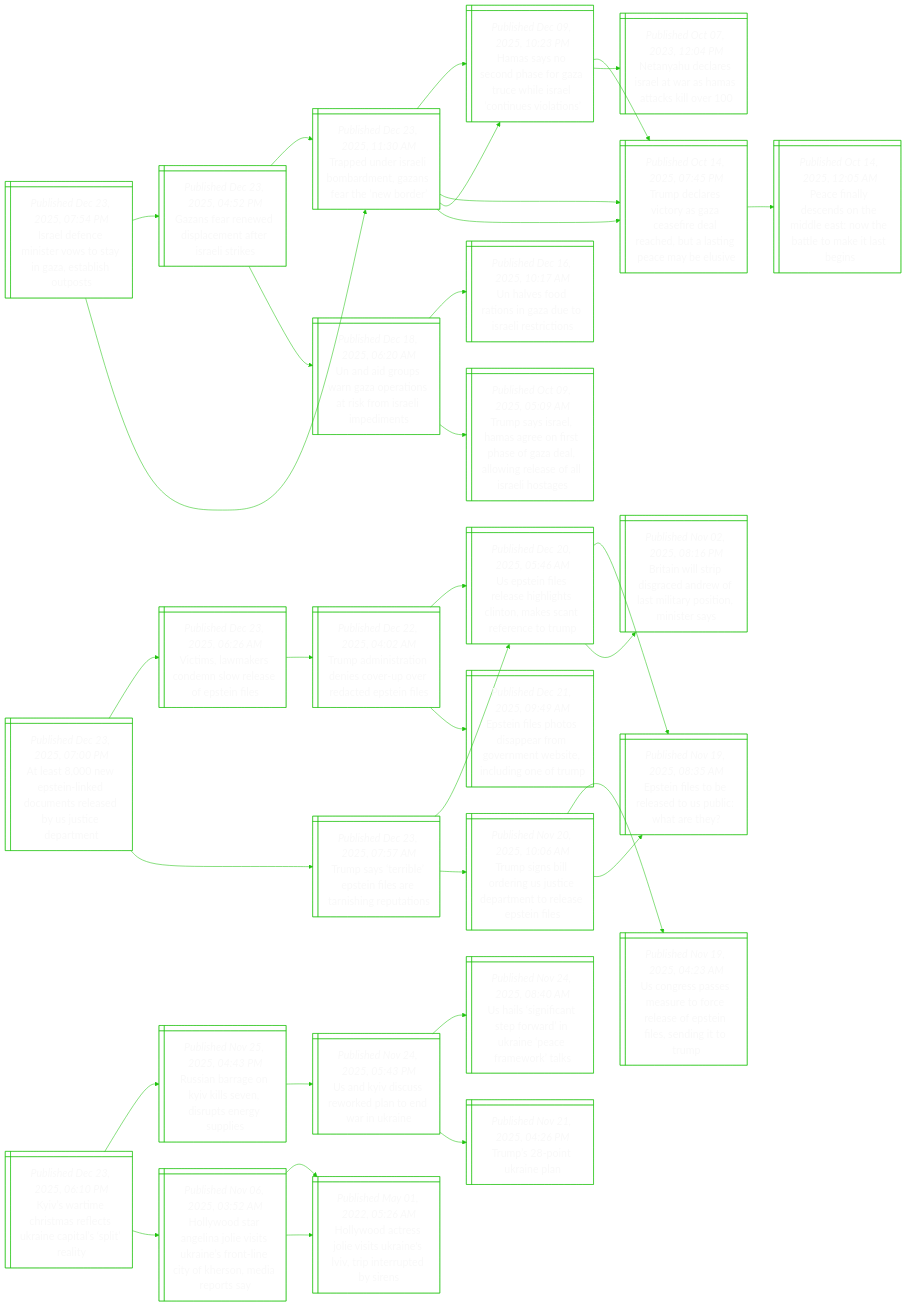
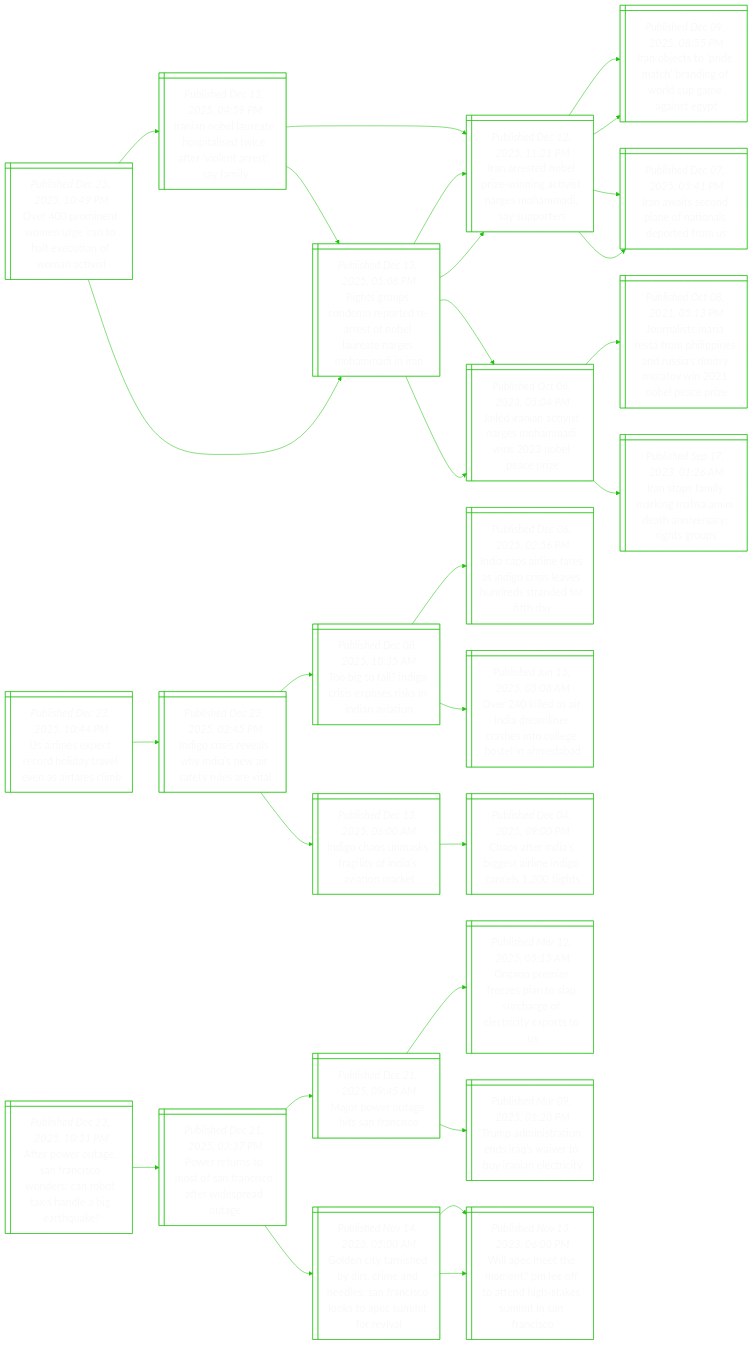
Before and after one commit to notJmes/notJmes: the diagram in README.md, drawn with Mermaid. The commit also changed other lines of this file, not shown here.

````diff
--- a/README.md
+++ b/README.md
@@ -16,109 +16,97 @@
 flowchart LR
 classDef txtsize font-size:20px;
 
-Ilnnrtyzaho@{ shape: win-pane, label: "_Published Dec 23, 2025, 07:54 PM_
-Israel defence minister vows to stay in gaza, establish outposts" }
-Gsrepmfsik@{ shape: win-pane, label: "_Published Dec 23, 2025, 04:52 PM_
-Gazans fear renewed displacement after israeli strikes" }
-TeeaodGstwe@{ shape: win-pane, label: "_Published Dec 23, 2025, 11:30 AM_
-Trapped under israeli bombardment, gazans fear the ‘new border’" }
-HsonsGrhscnii@{ shape: win-pane, label: "_Published Dec 09, 2025, 10:23 PM_
-Hamas says no second phase for gaza truce while israel ‘continues violations’" }
-Tdrcaaededlncbs@{ shape: win-pane, label: "_Published Oct 14, 2025, 07:45 PM_
-Trump declares victory as gaza ceasefire deal reached, but a lasting peace may be elusive" }
-Uaoazrnioamm@{ shape: win-pane, label: "_Published Dec 18, 2025, 06:20 AM_
-Un and aid groups warn gaza operations at risk from israeli impediments" }
-UvoindIlti@{ shape: win-pane, label: "_Published Dec 16, 2025, 10:17 AM_
-Un halves food rations in gaza due to israeli restrictions" }
-TssHaossaaorslaoe@{ shape: win-pane, label: "_Published Oct 09, 2025, 05:09 AM_
-Trump says israel, hamas agree on first phase of gaza deal, allowing release of all israeli hostages" }
-TeeaodGstwe@{ shape: win-pane, label: "_Published Dec 23, 2025, 11:30 AM_
-Trapped under israeli bombardment, gazans fear the ‘new border’" }
-HsonsGrhscnii@{ shape: win-pane, label: "_Published Dec 09, 2025, 10:23 PM_
-Hamas says no second phase for gaza truce while israel ‘continues violations’" }
-Tdrcaaededlncbs@{ shape: win-pane, label: "_Published Oct 14, 2025, 07:45 PM_
-Trump declares victory as gaza ceasefire deal reached, but a lasting peace may be elusive" }
-NyeeawHakl@{ shape: win-pane, label: "_Published Oct 07, 2023, 12:04 PM_
-Netanyahu declares israel at war as hamas attacks kill over 100" }
-Tdrcaaededlncbs@{ shape: win-pane, label: "_Published Oct 14, 2025, 07:45 PM_
-Trump declares victory as gaza ceasefire deal reached, but a lasting peace may be elusive" }
-PflcoMeNelale@{ shape: win-pane, label: "_Published Oct 14, 2025, 12:05 AM_
-Peace finally descends on the middle east: now the battle to make it last begins" }
+Oremgnlcnmtt@{ shape: win-pane, label: "_Published Dec 23, 2025, 10:49 PM_
+Over 400 prominent women urge iran to halt execution of woman activist" }
+Iaerhtecelrsm@{ shape: win-pane, label: "_Published Dec 15, 2025, 04:59 PM_
+Iranian nobel laureate hospitalised twice after ‘violent arrest’, say family" }
+Ireezncsghdsr@{ shape: win-pane, label: "_Published Dec 12, 2025, 11:21 PM_
+Iran arrested nobel prize-winning activist narges mohammadi, say supporters" }
+Ibsitagrpasp@{ shape: win-pane, label: "_Published Dec 09, 2025, 08:55 PM_
+Iran objects to ‘pride match’ branding of world cup game against egypt" }
+IwsdetlofS@{ shape: win-pane, label: "_Published Dec 07, 2025, 05:41 PM_
+Iran awaits second plane of nationals deported from us" }
+RspdeeroerNsmin@{ shape: win-pane, label: "_Published Dec 13, 2025, 05:08 PM_
+Rights groups condemn reported re-arrest of nobel laureate narges mohammadi in iran" }
+Ireezncsghdsr@{ shape: win-pane, label: "_Published Dec 12, 2025, 11:21 PM_
+Iran arrested nobel prize-winning activist narges mohammadi, say supporters" }
+JditteaiNPP@{ shape: win-pane, label: "_Published Oct 06, 2023, 05:04 PM_
+Jailed iranian activist narges mohammadi wins 2023 nobel peace prize" }
+RspdeeroerNsmin@{ shape: win-pane, label: "_Published Dec 13, 2025, 05:08 PM_
+Rights groups condemn reported re-arrest of nobel laureate narges mohammadi in iran" }
+Ireezncsghdsr@{ shape: win-pane, label: "_Published Dec 12, 2025, 11:21 PM_
+Iran arrested nobel prize-winning activist narges mohammadi, say supporters" }
+Ibsitagrpasp@{ shape: win-pane, label: "_Published Dec 09, 2025, 08:55 PM_
+Iran objects to ‘pride match’ branding of world cup game against egypt" }
+IwsdetlofS@{ shape: win-pane, label: "_Published Dec 07, 2025, 05:41 PM_
+Iran awaits second plane of nationals deported from us" }
+JditteaiNPP@{ shape: win-pane, label: "_Published Oct 06, 2023, 05:04 PM_
+Jailed iranian activist narges mohammadi wins 2023 nobel peace prize" }
+JasaaPpsusraiecz@{ shape: win-pane, label: "_Published Oct 08, 2021, 05:13 PM_
+Journalists maria ressa from philippines and russia's dmitry muratov win 2021 nobel peace prize" }
+Itamnsntiagr@{ shape: win-pane, label: "_Published Sep 17, 2023, 01:26 AM_
+Iran stops family marking mahsa amini death anniversary: rights groups" }
 
-Ilnnrtyzaho:::txtsize --> Gsrepmfsik:::txtsize
-Gsrepmfsik:::txtsize --> TeeaodGstwe:::txtsize
-TeeaodGstwe:::txtsize --> HsonsGrhscnii:::txtsize
-TeeaodGstwe:::txtsize --> Tdrcaaededlncbs:::txtsize
-Gsrepmfsik:::txtsize --> Uaoazrnioamm:::txtsize
-Uaoazrnioamm:::txtsize --> UvoindIlti:::txtsize
-Uaoazrnioamm:::txtsize --> TssHaossaaorslaoe:::txtsize
-Ilnnrtyzaho:::txtsize --> TeeaodGstwe:::txtsize
-TeeaodGstwe:::txtsize --> HsonsGrhscnii:::txtsize
-HsonsGrhscnii:::txtsize --> Tdrcaaededlncbs:::txtsize
-HsonsGrhscnii:::txtsize --> NyeeawHakl:::txtsize
-TeeaodGstwe:::txtsize --> Tdrcaaededlncbs:::txtsize
-Tdrcaaededlncbs:::txtsize --> PflcoMeNelale:::txtsize
+Oremgnlcnmtt:::txtsize --> Iaerhtecelrsm:::txtsize
+Iaerhtecelrsm:::txtsize --> Ireezncsghdsr:::txtsize
+Ireezncsghdsr:::txtsize --> Ibsitagrpasp:::txtsize
+Ireezncsghdsr:::txtsize --> IwsdetlofS:::txtsize
+Iaerhtecelrsm:::txtsize --> RspdeeroerNsmin:::txtsize
+RspdeeroerNsmin:::txtsize --> Ireezncsghdsr:::txtsize
+RspdeeroerNsmin:::txtsize --> JditteaiNPP:::txtsize
+Oremgnlcnmtt:::txtsize --> RspdeeroerNsmin:::txtsize
+RspdeeroerNsmin:::txtsize --> Ireezncsghdsr:::txtsize
+Ireezncsghdsr:::txtsize --> Ibsitagrpasp:::txtsize
+Ireezncsghdsr:::txtsize --> IwsdetlofS:::txtsize
+RspdeeroerNsmin:::txtsize --> JditteaiNPP:::txtsize
+JditteaiNPP:::txtsize --> JasaaPpsusraiecz:::txtsize
+JditteaiNPP:::txtsize --> Itamnsntiagr:::txtsize
 
-AsEikctebuert@{ shape: win-pane, label: "_Published Dec 23, 2025, 07:00 PM_
-At least 8,000 new epstein-linked documents released by us justice department" }
-Vmmseoefel@{ shape: win-pane, label: "_Published Dec 23, 2025, 06:26 AM_
-Victims, lawmakers condemn slow release of epstein files" }
-Taitecurcpns@{ shape: win-pane, label: "_Published Dec 22, 2025, 04:02 AM_
-Trump administration denies cover-up over redacted epstein files" }
-Utieelstkafcr@{ shape: win-pane, label: "_Published Dec 20, 2025, 05:46 AM_
-Us epstein files release highlights clinton, makes scant reference to trump" }
-Eietsamrticnom@{ shape: win-pane, label: "_Published Dec 21, 2025, 09:49 AM_
-Epstein files photos disappear from government website, including one of trump" }
-Tseltirnnuo@{ shape: win-pane, label: "_Published Dec 23, 2025, 07:57 AM_
-Trump says ‘terrible’ epstein files are tarnishing reputations" }
-Utieelstkafcr@{ shape: win-pane, label: "_Published Dec 20, 2025, 05:46 AM_
-Us epstein files release highlights clinton, makes scant reference to trump" }
-Eieeaobhe@{ shape: win-pane, label: "_Published Nov 19, 2025, 08:35 AM_
-Epstein files to be released to us public: what are they?" }
-BilprAwsipinr@{ shape: win-pane, label: "_Published Nov 02, 2025, 08:16 PM_
-Britain will strip disgraced andrew of last military position, minister says" }
-TsBrnuertlEie@{ shape: win-pane, label: "_Published Nov 20, 2025, 10:06 AM_
-Trump signs bill ordering us justice department to release epstein files" }
-Ugpsufrspnsitm@{ shape: win-pane, label: "_Published Nov 19, 2025, 04:23 AM_
-Us congress passes measure to force release of epstein files, sending it to trump" }
-Eieeaobhe@{ shape: win-pane, label: "_Published Nov 19, 2025, 08:35 AM_
-Epstein files to be released to us public: what are they?" }
+Uletriresal@{ shape: win-pane, label: "_Published Dec 23, 2025, 10:44 PM_
+Us airlines expect record holiday travel even as airfares climb" }
+Ioiehiwarat@{ shape: win-pane, label: "_Published Dec 23, 2025, 02:45 PM_
+Indigo crisis reveals why india’s new air safety rules are vital" }
+Tgiiixssdvo@{ shape: win-pane, label: "_Published Dec 08, 2025, 10:35 AM_
+Too big to fail? indigo crisis exposes risks in indian aviation" }
+Iciesdrlsrtefd@{ shape: win-pane, label: "_Published Dec 06, 2025, 02:56 PM_
+India caps airline fares as indigo crisis leaves hundreds stranded for fifth day" }
+OiaIDlceoesnd@{ shape: win-pane, label: "_Published Jun 13, 2025, 05:08 AM_
+Over 240 killed as air india dreamliner crashes into college hostel in ahmedabad" }
+Iossatnair@{ shape: win-pane, label: "_Published Dec 13, 2025, 06:00 AM_
+Indigo chaos unmasks fragility of india’s aviation market" }
+CaIserIoei@{ shape: win-pane, label: "_Published Dec 04, 2025, 09:00 PM_
+Chaos after india’s biggest airline indigo cancels 1,200 flights" }
 
-AsEikctebuert:::txtsize --> Vmmseoefel:::txtsize
-Vmmseoefel:::txtsize --> Taitecurcpns:::txtsize
-Taitecurcpns:::txtsize --> Utieelstkafcr:::txtsize
-Taitecurcpns:::txtsize --> Eietsamrticnom:::txtsize
-AsEikctebuert:::txtsize --> Tseltirnnuo:::txtsize
-Tseltirnnuo:::txtsize --> Utieelstkafcr:::txtsize
-Utieelstkafcr:::txtsize --> Eieeaobhe:::txtsize
-Utieelstkafcr:::txtsize --> BilprAwsipinr:::txtsize
-Tseltirnnuo:::txtsize --> TsBrnuertlEie:::txtsize
-TsBrnuertlEie:::txtsize --> Ugpsufrspnsitm:::txtsize
-TsBrnuertlEie:::txtsize --> Eieeaobhe:::txtsize
+Uletriresal:::txtsize --> Ioiehiwarat:::txtsize
+Ioiehiwarat:::txtsize --> Tgiiixssdvo:::txtsize
+Tgiiixssdvo:::txtsize --> Iciesdrlsrtefd:::txtsize
+Tgiiixssdvo:::txtsize --> OiaIDlceoesnd:::txtsize
+Ioiehiwarat:::txtsize --> Iossatnair:::txtsize
+Iossatnair:::txtsize --> CaIserIoei:::txtsize
 
-Kwmiseketpey@{ shape: win-pane, label: "_Published Dec 23, 2025, 06:10 PM_
-Kyiv’s wartime christmas reflects ukraine capital’s ‘split’ reality" }
-Rarnksdpeue@{ shape: win-pane, label: "_Published Nov 25, 2025, 04:43 PM_
-Russian barrage on kyiv kills seven, disrupts energy supplies" }
-UKisrlerr@{ shape: win-pane, label: "_Published Nov 24, 2025, 05:43 PM_
-Us and kyiv discuss reworked plan to end war in ukraine" }
-Ulnaewniaark@{ shape: win-pane, label: "_Published Nov 24, 2025, 08:40 AM_
-Us hails ‘significant step forward’ in ukraine ‘peace framework’ talks" }
-Tstia@{ shape: win-pane, label: "_Published Nov 21, 2025, 04:26 PM_
-Trump’s 28-point ukraine plan" }
-HwtgaetafliKoioa@{ shape: win-pane, label: "_Published Nov 06, 2025, 03:52 AM_
-Hollywood star angelina jolie visits ukraine’s front-line city of kherson, media reports say" }
-HwcsetaLrtpyn@{ shape: win-pane, label: "_Published May 01, 2022, 05:26 AM_
-Hollywood actress jolie visits ukraine's lviv, trip interrupted by sirens" }
-HwcsetaLrtpyn@{ shape: win-pane, label: "_Published May 01, 2022, 05:26 AM_
-Hollywood actress jolie visits ukraine's lviv, trip interrupted by sirens" }
+ApoersnCbxnbra@{ shape: win-pane, label: "_Published Dec 23, 2025, 10:31 PM_
+After power outage, san francisco wonders: can robot taxis handle a big earthquake?" }
+PrnoSaceeaa@{ shape: win-pane, label: "_Published Dec 21, 2025, 03:37 PM_
+Power returns to most of san francisco after widespread outage" }
+MpoeSac@{ shape: win-pane, label: "_Published Dec 21, 2025, 09:45 AM_
+Major power outage hits san francisco" }
+Oimrstphocipt@{ shape: win-pane, label: "_Published Mar 12, 2025, 05:15 AM_
+Ontario premier freezes plan to slap surcharge of electricity exports to us" }
+Taitnaiorntt@{ shape: win-pane, label: "_Published Mar 09, 2025, 01:20 PM_
+Trump administration ends iraq’s waiver to buy iranian electricity" }
+GntsycaeSackpmoi@{ shape: win-pane, label: "_Published Nov 14, 2023, 05:00 AM_
+Golden city tarnished by dirt, crime and needles: san francisco looks to apec summit for revival" }
+WpemteonhemSac@{ shape: win-pane, label: "_Published Nov 13, 2023, 06:00 PM_
+Will apec meet the moment? pm lee off to attend high-stakes summit in san francisco" }
+WpemteonhemSac@{ shape: win-pane, label: "_Published Nov 13, 2023, 06:00 PM_
+Will apec meet the moment? pm lee off to attend high-stakes summit in san francisco" }
 
-Kwmiseketpey:::txtsize --> Rarnksdpeue:::txtsize
-Rarnksdpeue:::txtsize --> UKisrlerr:::txtsize
-UKisrlerr:::txtsize --> Ulnaewniaark:::txtsize
-UKisrlerr:::txtsize --> Tstia:::txtsize
-Kwmiseketpey:::txtsize --> HwtgaetafliKoioa:::txtsize
-HwtgaetafliKoioa:::txtsize --> HwcsetaLrtpyn:::txtsize
-HwtgaetafliKoioa:::txtsize --> HwcsetaLrtpyn:::txtsize
+ApoersnCbxnbra:::txtsize --> PrnoSaceeaa:::txtsize
+PrnoSaceeaa:::txtsize --> MpoeSac:::txtsize
+MpoeSac:::txtsize --> Oimrstphocipt:::txtsize
+MpoeSac:::txtsize --> Taitnaiorntt:::txtsize
+PrnoSaceeaa:::txtsize --> GntsycaeSackpmoi:::txtsize
+GntsycaeSackpmoi:::txtsize --> WpemteonhemSac:::txtsize
+GntsycaeSackpmoi:::txtsize --> WpemteonhemSac:::txtsize
 
 ```
````
